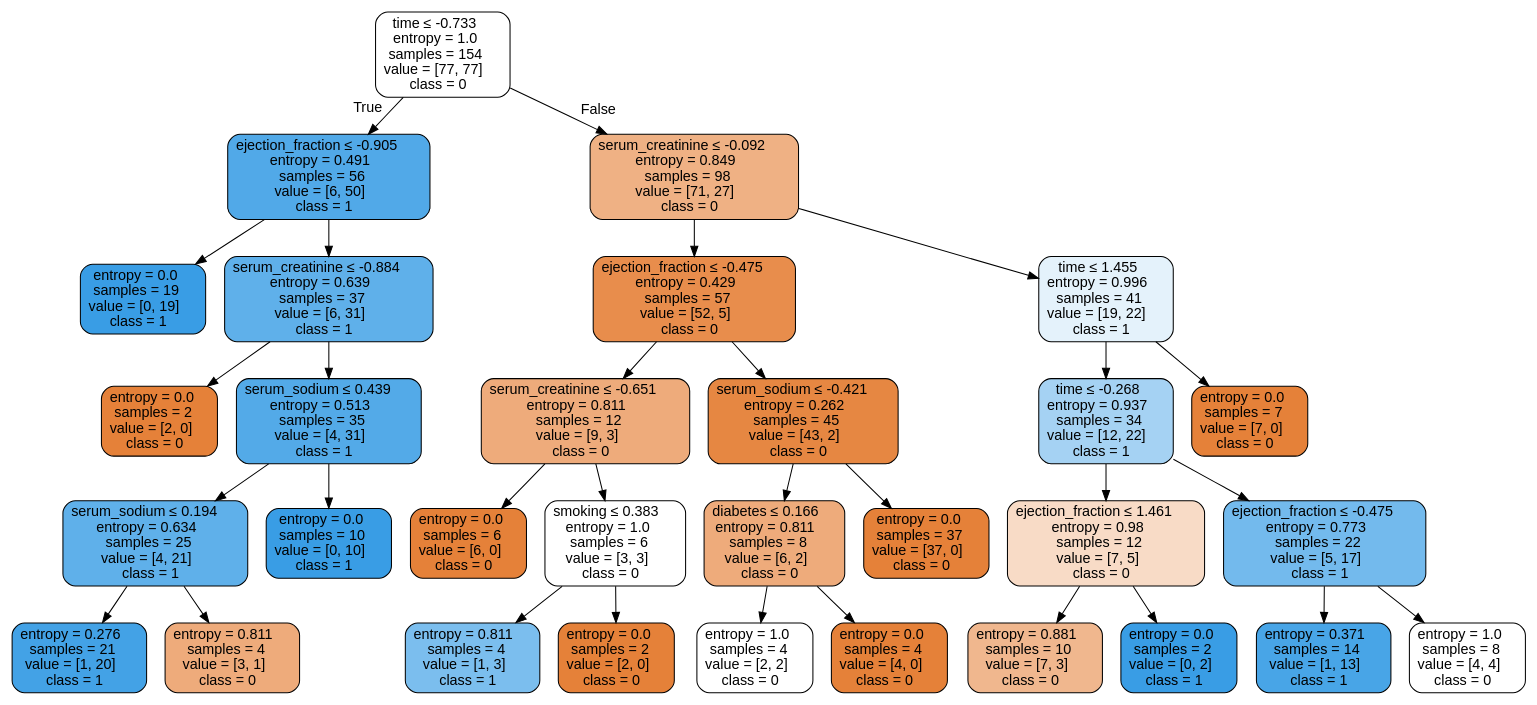
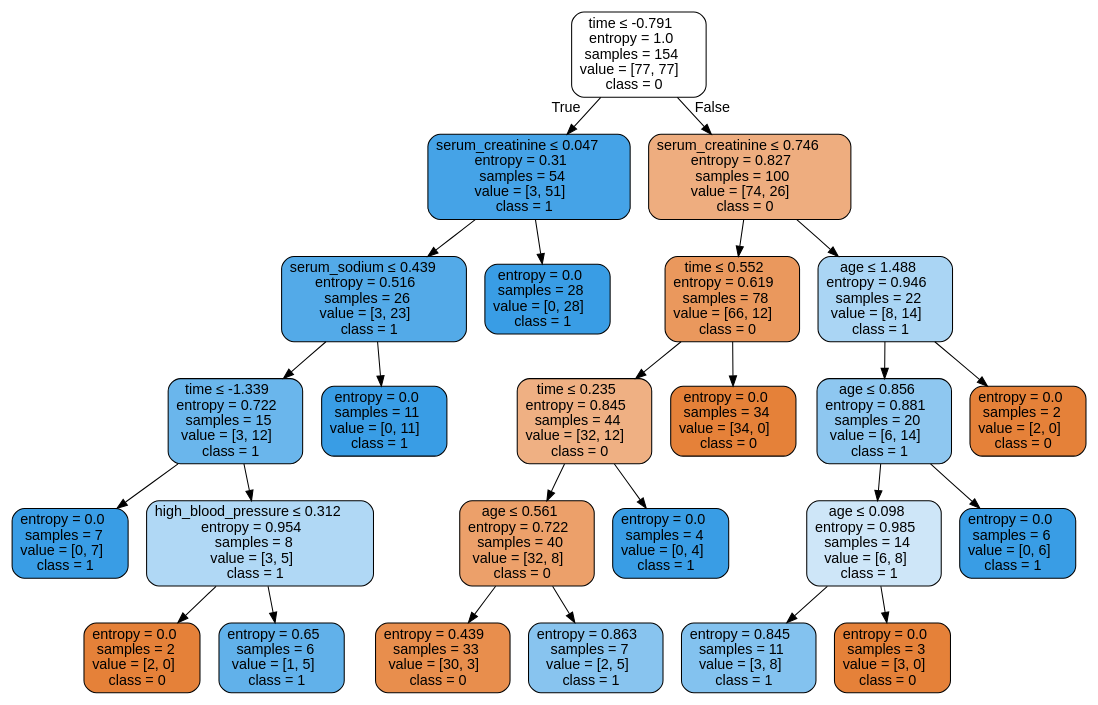
One commit to isabelSoares/CD-2021 changed the diagram in Labs/Lab05/Results/FeatureEng/UnderSample/HFCR - UnderSample - dtree.dot. Above: the diagram before and after it, drawn with Graphviz. The commit also changed 97 other files, not shown here.

```diff
--- a/Labs/Lab05/Results/FeatureEng/UnderSample/HFCR - UnderSample - dtree.dot
+++ b/Labs/Lab05/Results/FeatureEng/UnderSample/HFCR - UnderSample - dtree.dot
@@ -1,65 +1,53 @@
 digraph Tree {
 node [shape=box, style="filled, rounded", color="black", fontname=helvetica] ;
 edge [fontname=helvetica] ;
-0 [label=<time &le; -0.733<br/>entropy = 1.0<br/>samples = 154<br/>value = [77, 77]<br/>class = 0>, fillcolor="#ffffff"] ;
-1 [label=<ejection_fraction &le; -0.905<br/>entropy = 0.491<br/>samples = 56<br/>value = [6, 50]<br/>class = 1>, fillcolor="#51a9e8"] ;
+0 [label=<time &le; -0.791<br/>entropy = 1.0<br/>samples = 154<br/>value = [77, 77]<br/>class = 0>, fillcolor="#ffffff"] ;
+1 [label=<serum_creatinine &le; 0.047<br/>entropy = 0.31<br/>samples = 54<br/>value = [3, 51]<br/>class = 1>, fillcolor="#45a3e7"] ;
 0 -> 1 [labeldistance=2.5, labelangle=45, headlabel="True"] ;
-2 [label=<entropy = 0.0<br/>samples = 19<br/>value = [0, 19]<br/>class = 1>, fillcolor="#399de5"] ;
+2 [label=<serum_sodium &le; 0.439<br/>entropy = 0.516<br/>samples = 26<br/>value = [3, 23]<br/>class = 1>, fillcolor="#53aae8"] ;
 1 -> 2 ;
-3 [label=<serum_creatinine &le; -0.884<br/>entropy = 0.639<br/>samples = 37<br/>value = [6, 31]<br/>class = 1>, fillcolor="#5fb0ea"] ;
-1 -> 3 ;
-4 [label=<entropy = 0.0<br/>samples = 2<br/>value = [2, 0]<br/>class = 0>, fillcolor="#e58139"] ;
+3 [label=<time &le; -1.339<br/>entropy = 0.722<br/>samples = 15<br/>value = [3, 12]<br/>class = 1>, fillcolor="#6ab6ec"] ;
+2 -> 3 ;
+4 [label=<entropy = 0.0<br/>samples = 7<br/>value = [0, 7]<br/>class = 1>, fillcolor="#399de5"] ;
 3 -> 4 ;
-5 [label=<serum_sodium &le; 0.439<br/>entropy = 0.513<br/>samples = 35<br/>value = [4, 31]<br/>class = 1>, fillcolor="#53aae8"] ;
+5 [label=<high_blood_pressure &le; 0.312<br/>entropy = 0.954<br/>samples = 8<br/>value = [3, 5]<br/>class = 1>, fillcolor="#b0d8f5"] ;
 3 -> 5 ;
-6 [label=<serum_sodium &le; 0.194<br/>entropy = 0.634<br/>samples = 25<br/>value = [4, 21]<br/>class = 1>, fillcolor="#5fb0ea"] ;
+6 [label=<entropy = 0.0<br/>samples = 2<br/>value = [2, 0]<br/>class = 0>, fillcolor="#e58139"] ;
 5 -> 6 ;
-7 [label=<entropy = 0.276<br/>samples = 21<br/>value = [1, 20]<br/>class = 1>, fillcolor="#43a2e6"] ;
-6 -> 7 ;
-8 [label=<entropy = 0.811<br/>samples = 4<br/>value = [3, 1]<br/>class = 0>, fillcolor="#eeab7b"] ;
-6 -> 8 ;
-9 [label=<entropy = 0.0<br/>samples = 10<br/>value = [0, 10]<br/>class = 1>, fillcolor="#399de5"] ;
-5 -> 9 ;
-10 [label=<serum_creatinine &le; -0.092<br/>entropy = 0.849<br/>samples = 98<br/>value = [71, 27]<br/>class = 0>, fillcolor="#efb184"] ;
+7 [label=<entropy = 0.65<br/>samples = 6<br/>value = [1, 5]<br/>class = 1>, fillcolor="#61b1ea"] ;
+5 -> 7 ;
+8 [label=<entropy = 0.0<br/>samples = 11<br/>value = [0, 11]<br/>class = 1>, fillcolor="#399de5"] ;
+2 -> 8 ;
+9 [label=<entropy = 0.0<br/>samples = 28<br/>value = [0, 28]<br/>class = 1>, fillcolor="#399de5"] ;
+1 -> 9 ;
+10 [label=<serum_creatinine &le; 0.746<br/>entropy = 0.827<br/>samples = 100<br/>value = [74, 26]<br/>class = 0>, fillcolor="#eead7f"] ;
 0 -> 10 [labeldistance=2.5, labelangle=-45, headlabel="False"] ;
-11 [label=<ejection_fraction &le; -0.475<br/>entropy = 0.429<br/>samples = 57<br/>value = [52, 5]<br/>class = 0>, fillcolor="#e88d4c"] ;
+11 [label=<time &le; 0.552<br/>entropy = 0.619<br/>samples = 78<br/>value = [66, 12]<br/>class = 0>, fillcolor="#ea985d"] ;
 10 -> 11 ;
-12 [label=<serum_creatinine &le; -0.651<br/>entropy = 0.811<br/>samples = 12<br/>value = [9, 3]<br/>class = 0>, fillcolor="#eeab7b"] ;
+12 [label=<time &le; 0.235<br/>entropy = 0.845<br/>samples = 44<br/>value = [32, 12]<br/>class = 0>, fillcolor="#efb083"] ;
 11 -> 12 ;
-13 [label=<entropy = 0.0<br/>samples = 6<br/>value = [6, 0]<br/>class = 0>, fillcolor="#e58139"] ;
+13 [label=<age &le; 0.561<br/>entropy = 0.722<br/>samples = 40<br/>value = [32, 8]<br/>class = 0>, fillcolor="#eca06a"] ;
 12 -> 13 ;
-14 [label=<smoking &le; 0.383<br/>entropy = 1.0<br/>samples = 6<br/>value = [3, 3]<br/>class = 0>, fillcolor="#ffffff"] ;
-12 -> 14 ;
-15 [label=<entropy = 0.811<br/>samples = 4<br/>value = [1, 3]<br/>class = 1>, fillcolor="#7bbeee"] ;
-14 -> 15 ;
-16 [label=<entropy = 0.0<br/>samples = 2<br/>value = [2, 0]<br/>class = 0>, fillcolor="#e58139"] ;
-14 -> 16 ;
-17 [label=<serum_sodium &le; -0.421<br/>entropy = 0.262<br/>samples = 45<br/>value = [43, 2]<br/>class = 0>, fillcolor="#e68742"] ;
+14 [label=<entropy = 0.439<br/>samples = 33<br/>value = [30, 3]<br/>class = 0>, fillcolor="#e88e4d"] ;
+13 -> 14 ;
+15 [label=<entropy = 0.863<br/>samples = 7<br/>value = [2, 5]<br/>class = 1>, fillcolor="#88c4ef"] ;
+13 -> 15 ;
+16 [label=<entropy = 0.0<br/>samples = 4<br/>value = [0, 4]<br/>class = 1>, fillcolor="#399de5"] ;
+12 -> 16 ;
+17 [label=<entropy = 0.0<br/>samples = 34<br/>value = [34, 0]<br/>class = 0>, fillcolor="#e58139"] ;
 11 -> 17 ;
-18 [label=<diabetes &le; 0.166<br/>entropy = 0.811<br/>samples = 8<br/>value = [6, 2]<br/>class = 0>, fillcolor="#eeab7b"] ;
-17 -> 18 ;
-19 [label=<entropy = 1.0<br/>samples = 4<br/>value = [2, 2]<br/>class = 0>, fillcolor="#ffffff"] ;
+18 [label=<age &le; 1.488<br/>entropy = 0.946<br/>samples = 22<br/>value = [8, 14]<br/>class = 1>, fillcolor="#aad5f4"] ;
+10 -> 18 ;
+19 [label=<age &le; 0.856<br/>entropy = 0.881<br/>samples = 20<br/>value = [6, 14]<br/>class = 1>, fillcolor="#8ec7f0"] ;
 18 -> 19 ;
-20 [label=<entropy = 0.0<br/>samples = 4<br/>value = [4, 0]<br/>class = 0>, fillcolor="#e58139"] ;
-18 -> 20 ;
-21 [label=<entropy = 0.0<br/>samples = 37<br/>value = [37, 0]<br/>class = 0>, fillcolor="#e58139"] ;
-17 -> 21 ;
-22 [label=<time &le; 1.455<br/>entropy = 0.996<br/>samples = 41<br/>value = [19, 22]<br/>class = 1>, fillcolor="#e4f2fb"] ;
-10 -> 22 ;
-23 [label=<time &le; -0.268<br/>entropy = 0.937<br/>samples = 34<br/>value = [12, 22]<br/>class = 1>, fillcolor="#a5d2f3"] ;
-22 -> 23 ;
-24 [label=<ejection_fraction &le; 1.461<br/>entropy = 0.98<br/>samples = 12<br/>value = [7, 5]<br/>class = 0>, fillcolor="#f8dbc6"] ;
-23 -> 24 ;
-25 [label=<entropy = 0.881<br/>samples = 10<br/>value = [7, 3]<br/>class = 0>, fillcolor="#f0b78e"] ;
-24 -> 25 ;
-26 [label=<entropy = 0.0<br/>samples = 2<br/>value = [0, 2]<br/>class = 1>, fillcolor="#399de5"] ;
-24 -> 26 ;
-27 [label=<ejection_fraction &le; -0.475<br/>entropy = 0.773<br/>samples = 22<br/>value = [5, 17]<br/>class = 1>, fillcolor="#73baed"] ;
-23 -> 27 ;
-28 [label=<entropy = 0.371<br/>samples = 14<br/>value = [1, 13]<br/>class = 1>, fillcolor="#48a5e7"] ;
-27 -> 28 ;
-29 [label=<entropy = 1.0<br/>samples = 8<br/>value = [4, 4]<br/>class = 0>, fillcolor="#ffffff"] ;
-27 -> 29 ;
-30 [label=<entropy = 0.0<br/>samples = 7<br/>value = [7, 0]<br/>class = 0>, fillcolor="#e58139"] ;
-22 -> 30 ;
+20 [label=<age &le; 0.098<br/>entropy = 0.985<br/>samples = 14<br/>value = [6, 8]<br/>class = 1>, fillcolor="#cee6f8"] ;
+19 -> 20 ;
+21 [label=<entropy = 0.845<br/>samples = 11<br/>value = [3, 8]<br/>class = 1>, fillcolor="#83c2ef"] ;
+20 -> 21 ;
+22 [label=<entropy = 0.0<br/>samples = 3<br/>value = [3, 0]<br/>class = 0>, fillcolor="#e58139"] ;
+20 -> 22 ;
+23 [label=<entropy = 0.0<br/>samples = 6<br/>value = [0, 6]<br/>class = 1>, fillcolor="#399de5"] ;
+19 -> 23 ;
+24 [label=<entropy = 0.0<br/>samples = 2<br/>value = [2, 0]<br/>class = 0>, fillcolor="#e58139"] ;
+18 -> 24 ;
 }
```
